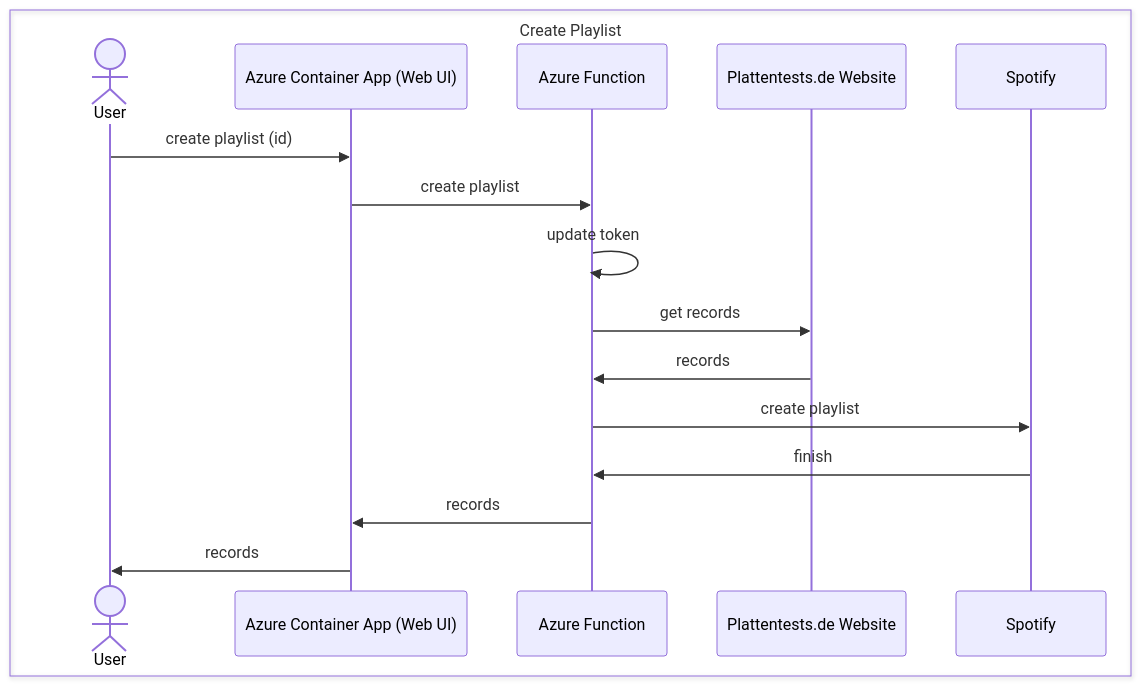
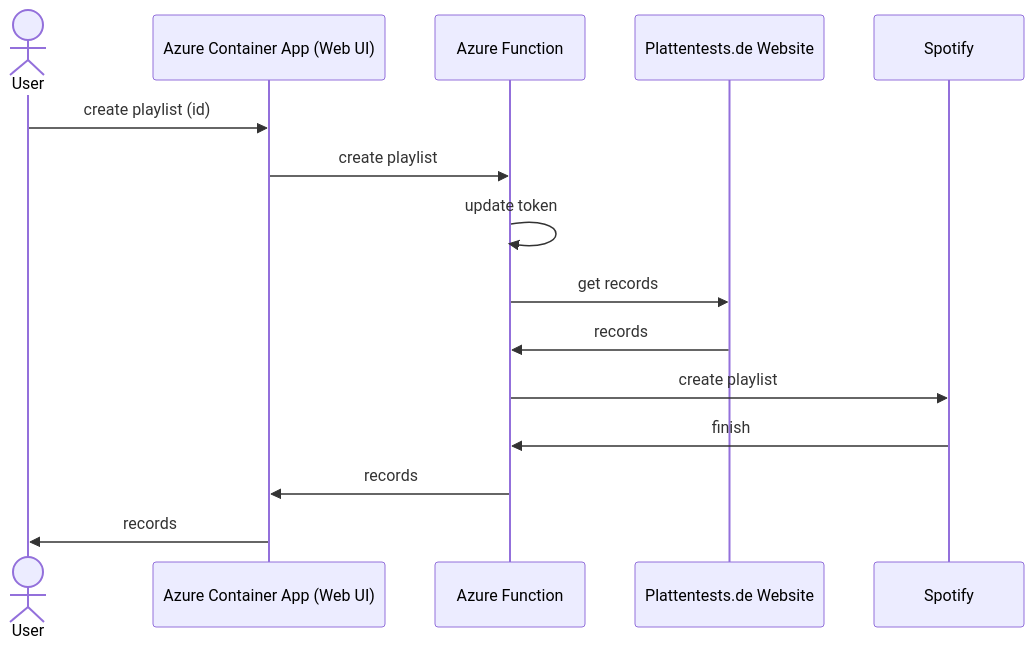
The second of 2 diagrams in README.md (jetzlstorfer/plattentests-go), drawn with Mermaid before and after one commit. The commit also changed other lines of this file, not shown here.

Commit message:
first version of sequence diagram

````diff
--- a/README.md
+++ b/README.md
@@ -46,22 +44,20 @@
 ```mermaid
 
 sequenceDiagram
-    box Create Playlist
     actor User
     participant ACA as Azure Container App (Web UI)
     participant Function as Azure Function
     participant Plattentests as Plattentests.de Website
     participant Spotify
-    end
 
     User->>ACA: create playlist (id)
     ACA->>Function: create playlist
     Function->>Function: update token
     Function->>Plattentests: get records
     Plattentests->>Function: records
     Function->>Spotify: create playlist
     Spotify->>Function: finish
     Function->>ACA: records
     ACA->>User: records
     
 ```
````
